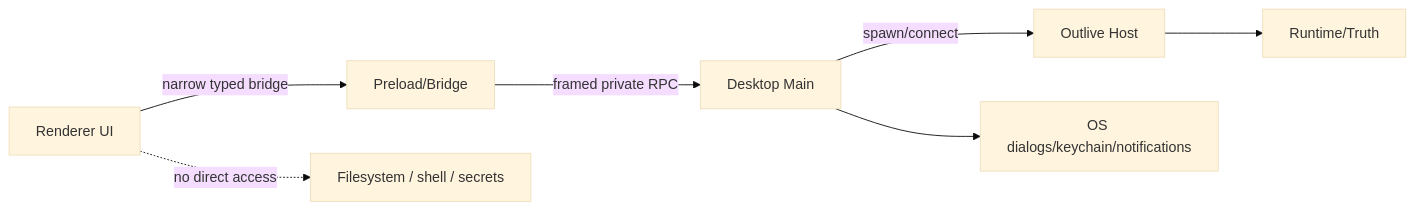
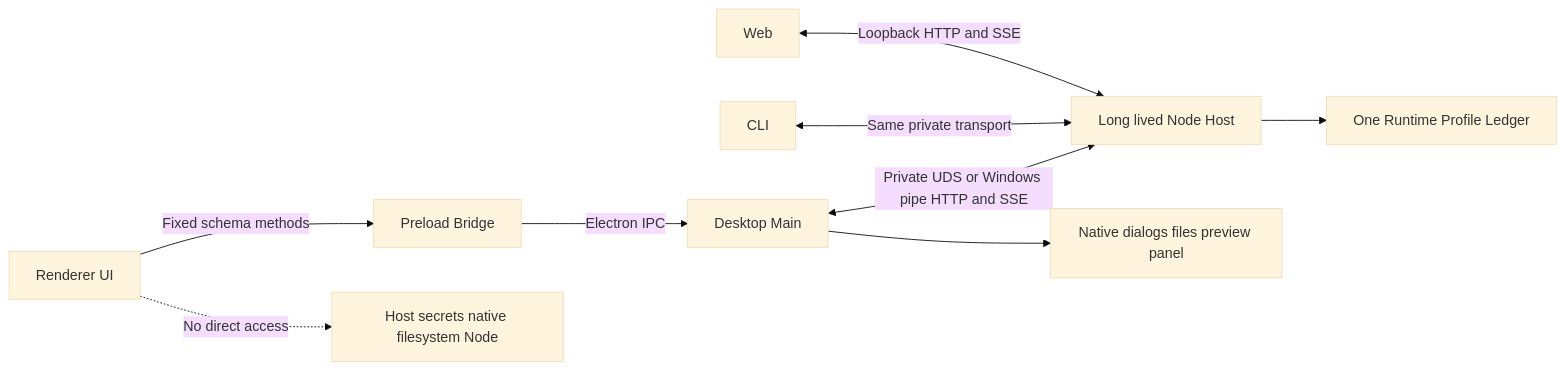
The first of 2 diagrams in docs/outlive-agent-v2/06-clients-protocols-desktop/03-desktop-process-security.md (Cainheart/tracegraph-agent), drawn with Mermaid (base theme) before and after one commit. The commit also changed other lines of this file and 2343 other files, not shown here.

First line of the commit message:
feat(workbench): 抽出共享 Workbench UI 并交付 Desktop 宿主与 Host API 分面

````diff
--- a/docs/outlive-agent-v2/06-clients-protocols-desktop/03-desktop-process-security.md
+++ b/docs/outlive-agent-v2/06-clients-protocols-desktop/03-desktop-process-security.md
@@ -15,9 +15,11 @@
 ```mermaid
 flowchart LR
-  R[Renderer UI] -->|narrow typed bridge| P[Preload/Bridge]
-  P -->|framed private RPC| M[Desktop Main]
-  M -->|spawn/connect| H[Outlive Host]
-  H --> RT[Runtime/Truth]
-  M --> OS[OS dialogs/keychain/notifications]
-  R -.no direct access.-> X[Filesystem / shell / secrets]
+  R[Renderer UI] -->|Fixed schema methods| P[Preload Bridge]
+  P -->|Electron IPC| M[Desktop Main]
+  M <-->|Private UDS or Windows pipe HTTP and SSE| H[Long lived Node Host]
+  C[CLI] <-->|Same private transport| H
+  W[Web] <-->|Loopback HTTP and SSE| H
+  H --> RT[One Runtime Profile Ledger]
+  M --> OS[Native dialogs files preview panel]
+  R -.No direct access.-> X[Host secrets native filesystem Node]
 ```
````
